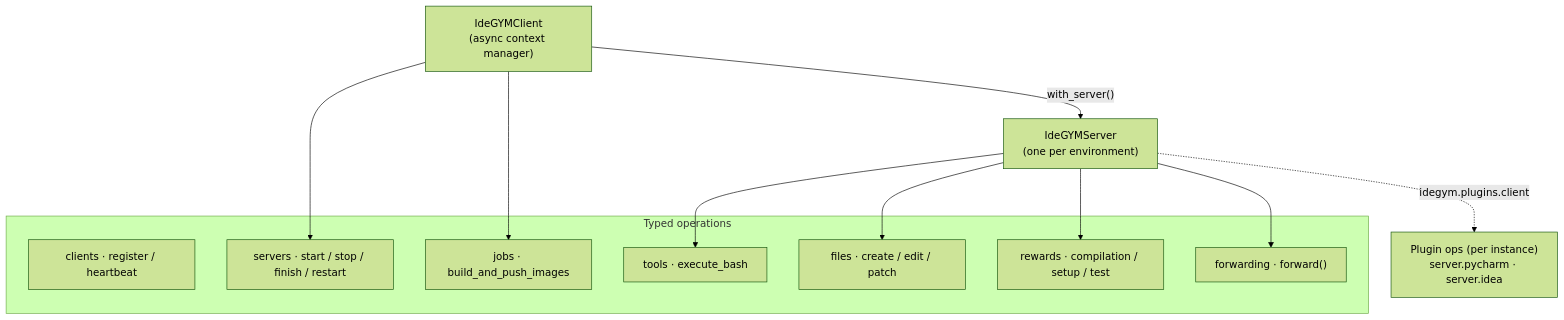
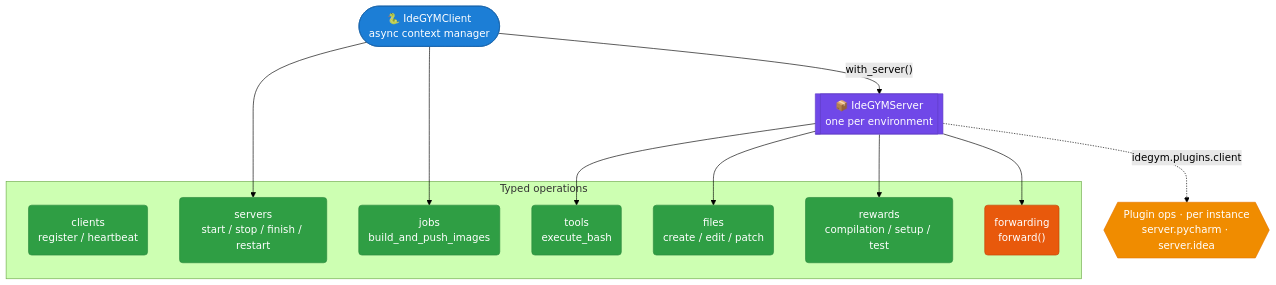
The diagram in website/docs/architecture/client.md (JetBrains-Research/idegym), drawn with Mermaid (forest theme) before and after one commit. The commit also changed 10 other files, not shown here.

First line of the commit message:
[JBRes-9938] restyle diagrams: shapes, colors, aligned labels; no dead-click nodes

````diff
--- a/website/docs/architecture/client.md
+++ b/website/docs/architecture/client.md
@@ -15,34 +15,40 @@
 ```mermaid
 flowchart TB
-    client["IdeGYMClient<br/>(async context manager)"]
-    server["IdeGYMServer<br/>(one per environment)"]
+    client(["🐍 IdeGYMClient<br/>async context manager"]):::client
+    server[["📦 IdeGYMServer<br/>one per environment"]]:::pod
 
     subgraph ops["Typed operations"]
-        clients_op["clients · register / heartbeat"]
-        servers_op["servers · start / stop / finish / restart"]
-        jobs_op["jobs · build_and_push_images"]
-        tools_op["tools · execute_bash"]
-        files_op["files · create / edit / patch"]
-        rewards_op["rewards · compilation / setup / test"]
-        fwd["forwarding · forward()"]
+        clients_op("clients<br/>register / heartbeat"):::tool
+        servers_op("servers<br/>start / stop / finish / restart"):::tool
+        jobs_op("jobs<br/>build_and_push_images"):::tool
+        tools_op("tools<br/>execute_bash"):::tool
+        files_op("files<br/>create / edit / patch"):::tool
+        rewards_op("rewards<br/>compilation / setup / test"):::tool
+        fwd("forwarding<br/>forward()"):::ctrl
     end
 
-    plugin_ops["Plugin ops (per instance)<br/>server.pycharm · server.idea"]
+    plugin_ops{{"Plugin ops · per instance<br/>server.pycharm · server.idea"}}:::build
 
     client --> servers_op
     client --> jobs_op
     client -->|"with_server()"| server
     server --> tools_op
     server --> files_op
     server --> rewards_op
     server --> fwd
     server -.->|"idegym.plugins.client"| plugin_ops
 
     click client "https://github.com/JetBrains-Research/idegym/blob/main/client/src/idegym/client/client.py" "IdeGYMClient source"
     click server "https://github.com/JetBrains-Research/idegym/blob/main/client/src/idegym/client/server.py" "IdeGYMServer source"
     click fwd "https://github.com/JetBrains-Research/idegym/blob/main/client/src/idegym/client/operations/forwarding.py" "forwarding source"
     click servers_op "https://github.com/JetBrains-Research/idegym/blob/main/client/src/idegym/client/operations/servers.py" "servers ops source"
     click jobs_op "https://github.com/JetBrains-Research/idegym/blob/main/client/src/idegym/client/operations/jobs.py" "jobs ops source"
     click tools_op "https://github.com/JetBrains-Research/idegym/blob/main/client/src/idegym/client/operations/tools.py" "tools ops source"
     click rewards_op "https://github.com/JetBrains-Research/idegym/blob/main/client/src/idegym/client/operations/rewards.py" "rewards ops source"
+
+    classDef client fill:#1c7ed6,stroke:#1864ab,color:#fff;
+    classDef pod fill:#7048e8,stroke:#5f3dc4,color:#fff;
+    classDef tool fill:#2f9e44,stroke:#2b8a3e,color:#fff;
+    classDef ctrl fill:#e8590c,stroke:#c04405,color:#fff;
+    classDef build fill:#f08c00,stroke:#e67700,color:#fff;
 ```
````
